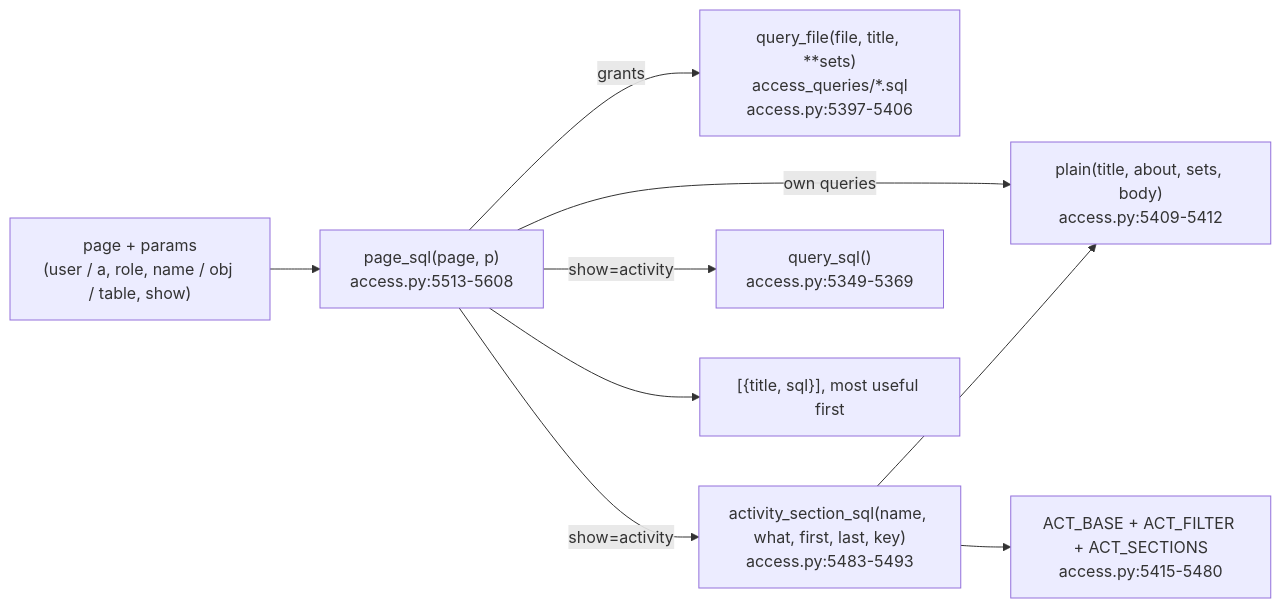
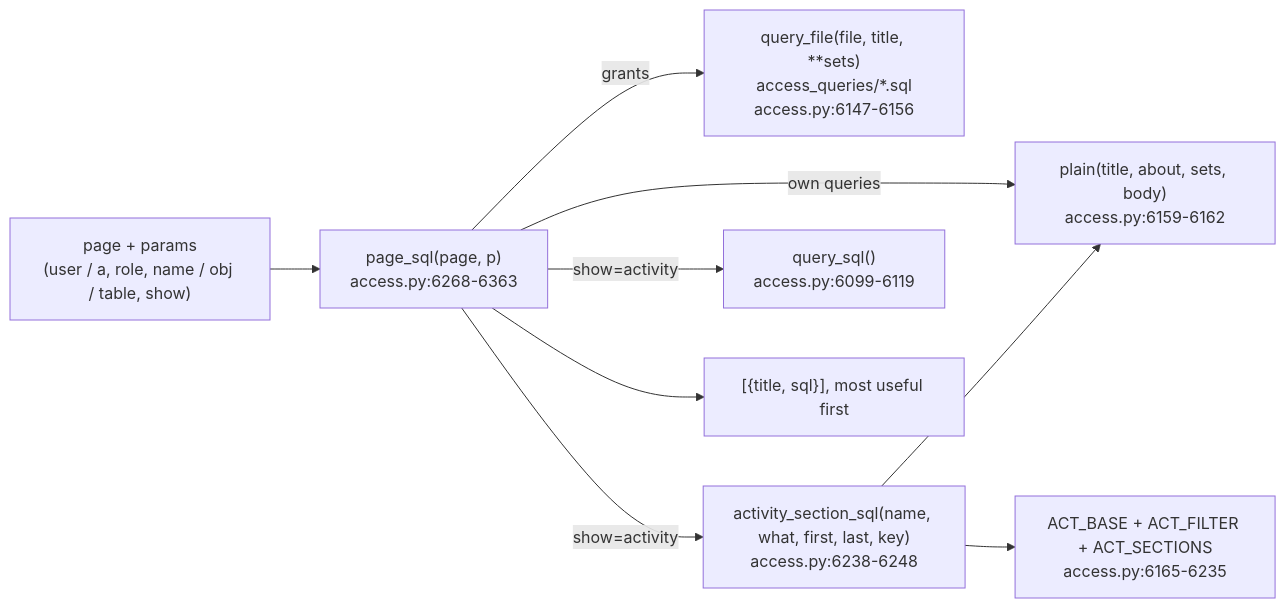
One commit to darshanmeel/snowflake-access-explorer changed the diagram in snowflake-access-explorer-knowledge-graph/logic/page-sql.md. Above: the diagram before and after it, drawn with Mermaid. The commit also changed other lines of this file and 97 other files, not shown here.

First line of the commit message:
Knowledge graph: updated for 80 commits (read levels, object inventory, object activity, graph focus, risks, Home)

````diff
--- a/snowflake-access-explorer-knowledge-graph/logic/page-sql.md
+++ b/snowflake-access-explorer-knowledge-graph/logic/page-sql.md
@@ -6,11 +6,11 @@
 ```mermaid
 flowchart LR
-  P["page + params<br/>(user / a, role, name / obj / table, show)"] --> PS["page_sql(page, p)<br/>access.py:5513-5608"]
-  PS -->|grants| QF["query_file(file, title, **sets)<br/>access_queries/*.sql<br/>access.py:5397-5406"]
-  PS -->|own queries| PL["plain(title, about, sets, body)<br/>access.py:5409-5412"]
-  PS -->|show=activity| AS["activity_section_sql(name, what, first, last, key)<br/>access.py:5483-5493"]
+  P["page + params<br/>(user / a, role, name / obj / table, show)"] --> PS["page_sql(page, p)<br/>access.py:6268-6363"]
+  PS -->|grants| QF["query_file(file, title, **sets)<br/>access_queries/*.sql<br/>access.py:6147-6156"]
+  PS -->|own queries| PL["plain(title, about, sets, body)<br/>access.py:6159-6162"]
+  PS -->|show=activity| AS["activity_section_sql(name, what, first, last, key)<br/>access.py:6238-6248"]
   AS --> PL
-  AS --> AB["ACT_BASE + ACT_FILTER + ACT_SECTIONS<br/>access.py:5415-5480"]
-  PS -->|show=activity| QS["query_sql()<br/>access.py:5349-5369"]
+  AS --> AB["ACT_BASE + ACT_FILTER + ACT_SECTIONS<br/>access.py:6165-6235"]
+  PS -->|show=activity| QS["query_sql()<br/>access.py:6099-6119"]
   PS --> OUT["[{title, sql}], most useful first"]
 ```
````
